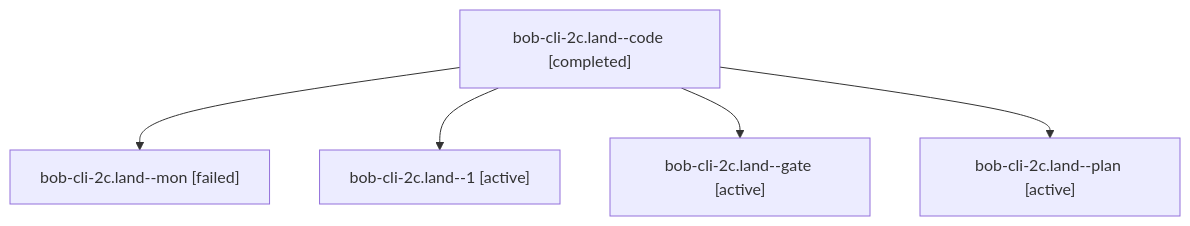
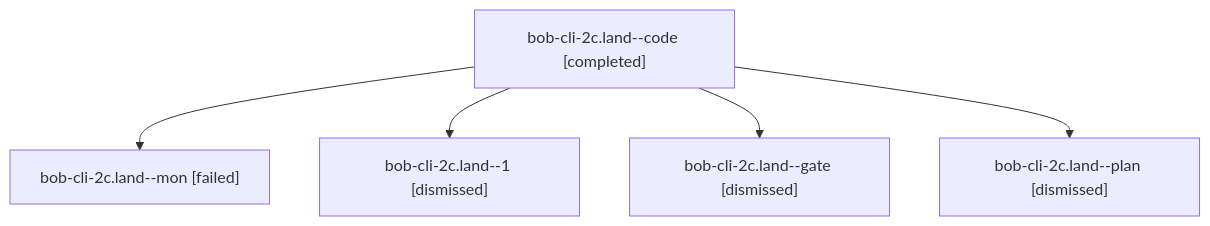
The diagram in sessions/bbugyi200.apollo.bob-cli-2c.land.md (bobs-org/bob-cli--agents), drawn with Mermaid before and after one commit. The commit also changed other lines of this file and 83 other files, not shown here.

````diff
--- a/sessions/bbugyi200.apollo.bob-cli-2c.land.md
+++ b/sessions/bbugyi200.apollo.bob-cli-2c.land.md
@@ -9,12 +9,12 @@
 ```mermaid
 flowchart TD
   n0["bob-cli-2c.land--code [completed]"]
   n1["bob-cli-2c.land--mon [failed]"]
   n0 --> n1
-  n2["bob-cli-2c.land--1 [active]"]
+  n2["bob-cli-2c.land--1 [dismissed]"]
   n0 --> n2
-  n3["bob-cli-2c.land--gate [active]"]
+  n3["bob-cli-2c.land--gate [dismissed]"]
   n0 --> n3
-  n4["bob-cli-2c.land--plan [active]"]
+  n4["bob-cli-2c.land--plan [dismissed]"]
   n0 --> n4
 ```
````
